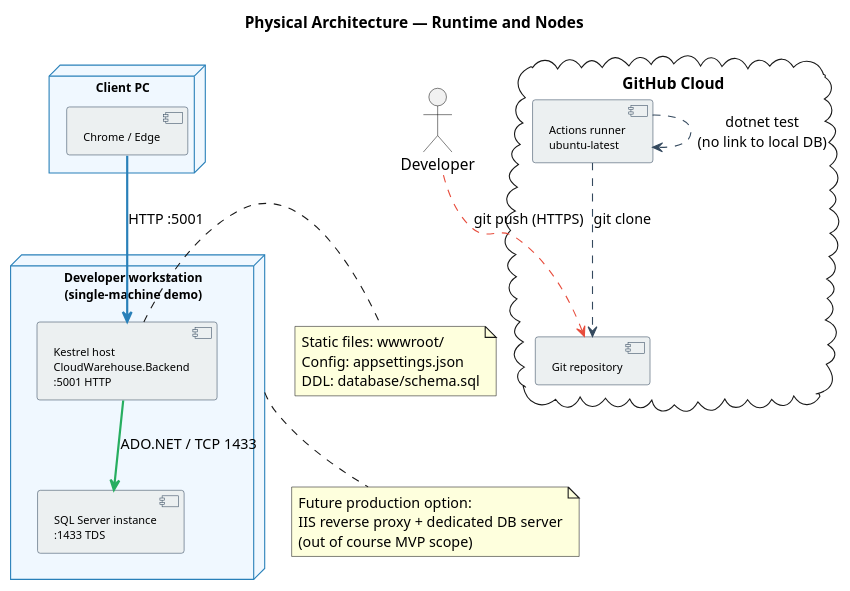
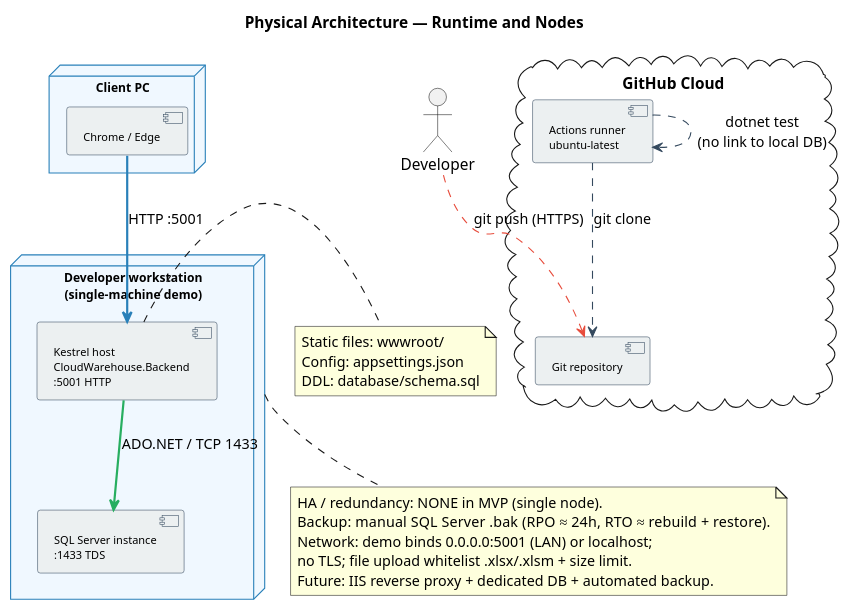
Before and after one commit to chenyuxiangAK47/cloudwarehouse-csharp: the diagram in docs/diagrams/03-physical-architecture.puml, drawn with PlantUML. The commit also changed other lines of this file and 28 other files, not shown here.

```diff
--- a/docs/diagrams/03-physical-architecture.puml
+++ b/docs/diagrams/03-physical-architecture.puml
@@ -1,49 +1,51 @@
 @startuml CloudWarehouse_Physical_Architecture
 title Physical Architecture — Runtime and Nodes
 
 skinparam node {
   BackgroundColor #F0F8FF
   BorderColor #2980b9
   FontSize 11
 }
 skinparam component {
   BackgroundColor #ECF0F1
   BorderColor #34495e
   FontSize 10
 }
 
 node "Client PC" as Client {
   component "Chrome / Edge" as Browser
 }
 
 node "Developer workstation\n(single-machine demo)" as Workstation {
   component "Kestrel host\nCloudWarehouse.Backend\n:5001 HTTP" as Kestrel
   component "SQL Server instance\n:1433 TDS" as MSSQL
 }
 
 cloud "GitHub Cloud" as GH {
   component "Git repository" as Repo
   component "Actions runner\nubuntu-latest" as Runner
 }
 
 Browser -[#2980b9,thickness=2]-> Kestrel : HTTP :5001
 Kestrel -[#27ae60,thickness=2]-> MSSQL : ADO.NET / TCP 1433
 
 actor "Developer" as Dev
 Dev -[#E74C3C,dashed]-> Repo : git push (HTTPS)
 Runner -[#34495e,dashed]-> Repo : git clone
 Runner -[#34495e,dashed]-> Runner : dotnet test\n(no link to local DB)
 
 note right of Kestrel
   Static files: wwwroot/
   Config: appsettings.json
   DDL: database/schema.sql
 end note
 
 note bottom of Workstation
-  Future production option:
-  IIS reverse proxy + dedicated DB server
-  (out of course MVP scope)
+  HA / redundancy: NONE in MVP (single node).
+  Backup: manual SQL Server .bak (RPO ≈ 24h, RTO ≈ rebuild + restore).
+  Network: demo binds 0.0.0.0:5001 (LAN) or localhost;
+  no TLS; file upload whitelist .xlsx/.xlsm + size limit.
+  Future: IIS reverse proxy + dedicated DB + automated backup.
 end note
 
 @enduml
```
